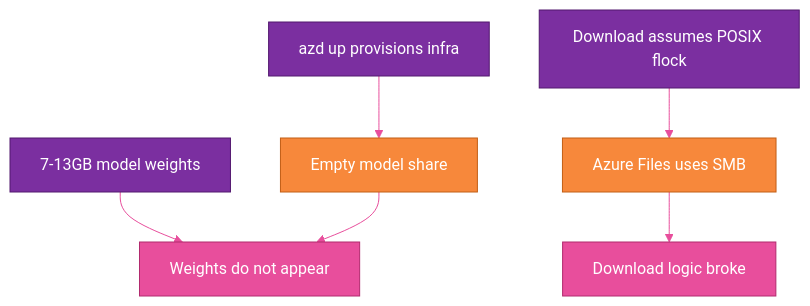
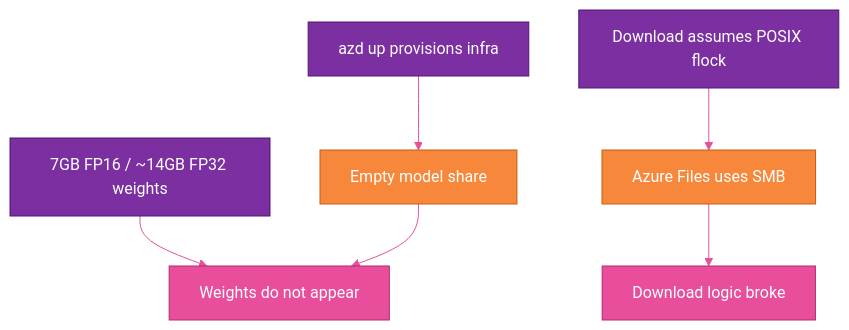
The fifth of 12 diagrams in website/blog/2026-07-07-surprises-self-hosting-image-model.md (dfberry/dfberry.github.io), drawn with Mermaid before and after one commit. The commit also changed other lines of this file, not shown here.

Commit message:
Apply Learn/fact-check corrections: 404 fingerprint, model size, VAE API, ACA command caveat, Dedicated profile

````diff
--- a/website/blog/2026-07-07-surprises-self-hosting-image-model.md
+++ b/website/blog/2026-07-07-surprises-self-hosting-image-model.md
@@ -144,16 +144,16 @@
 ```mermaid
 %%{init: {'theme':'base', 'themeVariables': {'primaryColor':'#7B2FA0','primaryTextColor':'#FFFFFF','primaryBorderColor':'#52186F','lineColor':'#E84E9C','edgeLabelBackground':'#F7883B','fontFamily':'inherit'}}}%%
 flowchart TD
     AVD["azd up provisions infra"] --> Share["Empty model share"]
-    Weights["7-13GB model weights"] --> Missing["Weights do not appear"]
+    Weights["7GB FP16 / ~14GB FP32 weights"] --> Missing["Weights do not appear"]
     Lock["Download assumes POSIX flock"] --> SMB["Azure Files uses SMB"]
     SMB --> Broken["Download logic broke"]
     Share --> Missing
 
     classDef purple fill:#7B2FA0,stroke:#52186F,color:#FFFFFF;
     classDef pink fill:#E84E9C,stroke:#B12A6E,color:#FFFFFF;
     classDef orange fill:#F7883B,stroke:#C25E15,color:#FFFFFF;
     class AVD,Weights,Lock purple;
     class Missing,Broken pink;
     class Share,SMB orange;
 ```
````
